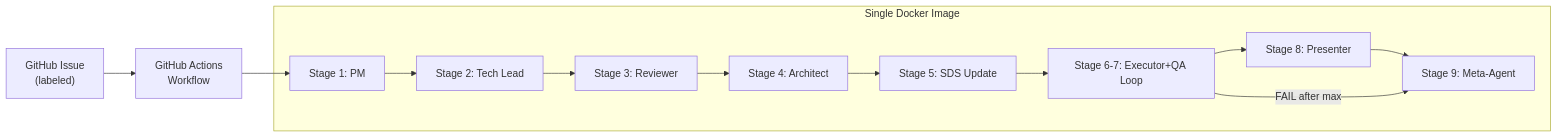
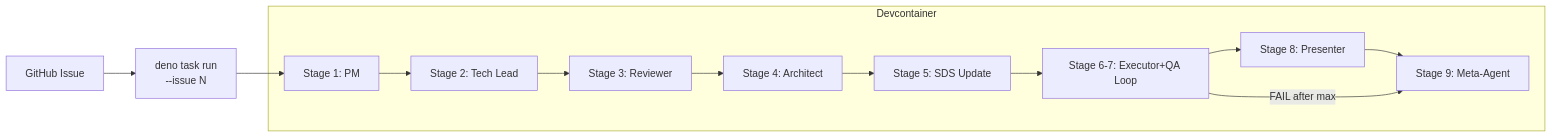
The first of 2 diagrams in documents/design.md (korchasa/auto-flow), drawn with Mermaid before and after one commit. The commit also changed other lines of this file and 3 other files, not shown here.

First line of the commit message:
docs: remove GHA/CI-CD launch method, adopt local Deno engine execution

````diff
--- a/documents/design.md
+++ b/documents/design.md
@@ -16,17 +16,17 @@
 ```mermaid
 graph LR
-    Issue["GitHub Issue<br/>(labeled)"] --> GHA["GitHub Actions<br/>Workflow"]
-    GHA --> S1["Stage 1: PM"]
+    Issue["GitHub Issue"] --> CLI["deno task run<br/>--issue N"]
+    CLI --> S1["Stage 1: PM"]
     S1 --> S2["Stage 2: Tech Lead"]
     S2 --> S3["Stage 3: Reviewer"]
     S3 --> S4["Stage 4: Architect"]
     S4 --> S5["Stage 5: SDS Update"]
     S5 --> S6["Stage 6-7: Executor+QA Loop"]
     S6 --> S8["Stage 8: Presenter"]
     S8 --> S9["Stage 9: Meta-Agent"]
     S6 -->|"FAIL after max"| S9
 
-    subgraph Docker["Single Docker Image"]
+    subgraph Devcontainer["Devcontainer"]
         S1; S2; S3; S4; S5; S6; S8; S9
     end
 ```
````
